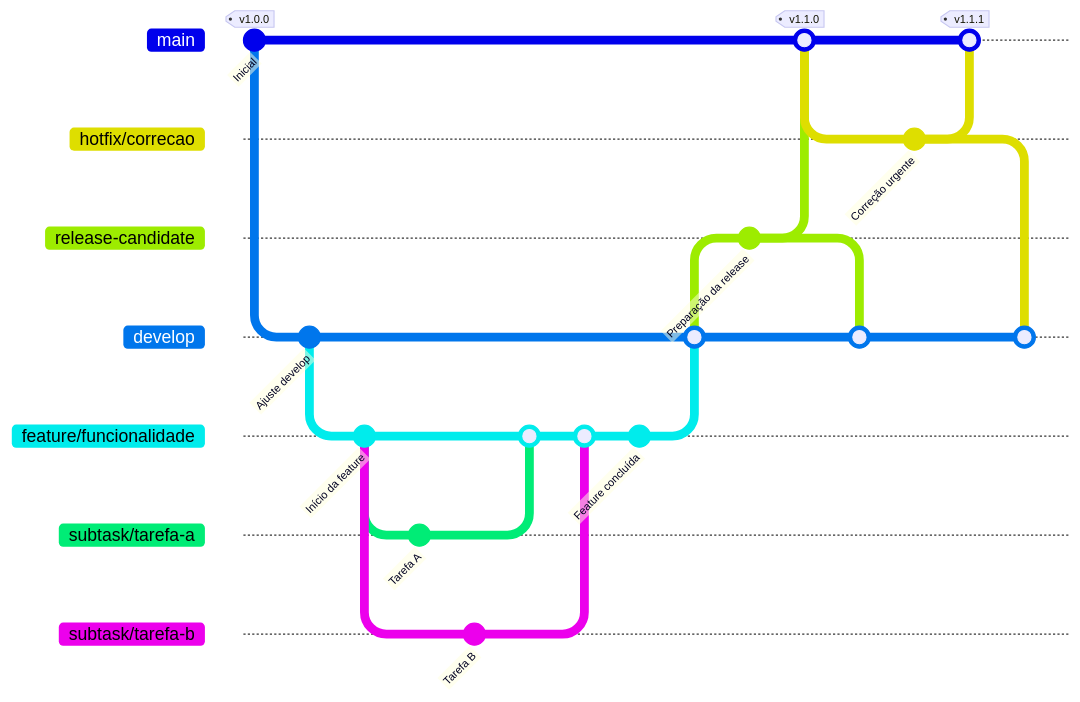
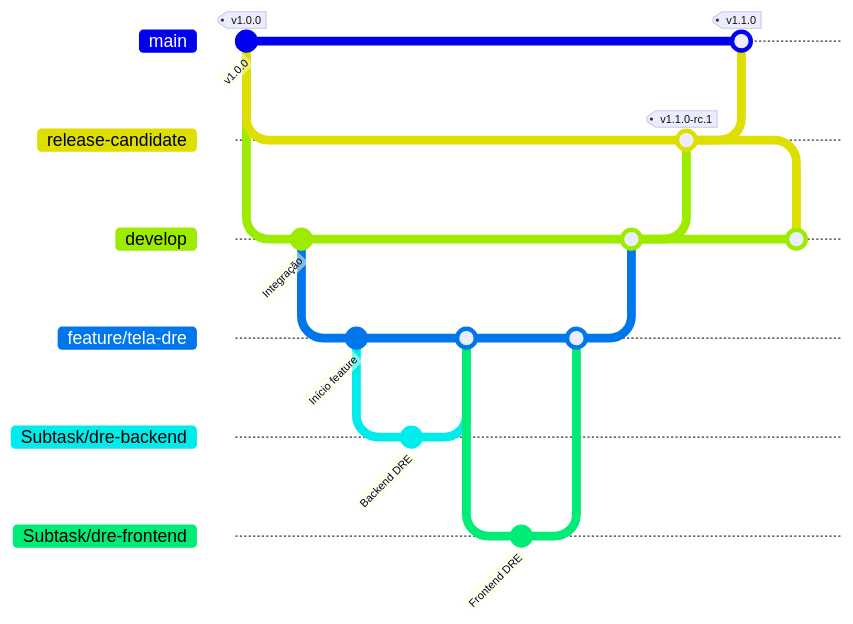
One commit to NES-Contabilidade-Integrada/doc-coins2026.1 changed the diagram in docs/devops/modelo-ramificacao.md. Above: the diagram before and after it, drawn with Mermaid. The commit also changed other lines of this file and 11 other files, not shown here.

````diff
--- a/docs/devops/modelo-ramificacao.md
+++ b/docs/devops/modelo-ramificacao.md
@@ -26,48 +27,38 @@
 ```mermaid
 gitGraph
-    commit id: "Inicial" tag: "v1.0.0"
+    commit id: "v1.0.0" tag: "v1.0.0"
 
-    branch develop order: 3
+    branch release-candidate order: 1
+    branch develop order: 2
     checkout develop
-    commit id: "Ajuste develop"
+    commit id: "Integração"
 
-    branch feature/funcionalidade order: 4
-    checkout feature/funcionalidade
-    commit id: "Início da feature"
+    branch feature/tela-dre order: 3
+    checkout feature/tela-dre
+    commit id: "Início feature"
 
-    branch subtask/tarefa-a order: 5
-    checkout subtask/tarefa-a
-    commit id: "Tarefa A"
+    branch Subtask/dre-backend order: 4
+    checkout Subtask/dre-backend
+    commit id: "Backend DRE"
 
-    checkout feature/funcionalidade
-    branch subtask/tarefa-b order: 6
-    checkout subtask/tarefa-b
-    commit id: "Tarefa B"
+    checkout feature/tela-dre
+    merge Subtask/dre-backend
 
-    checkout feature/funcionalidade
-    merge subtask/tarefa-a
-    merge subtask/tarefa-b
-    commit id: "Feature concluída"
+    branch Subtask/dre-frontend order: 5
+    checkout Subtask/dre-frontend
+    commit id: "Frontend DRE"
+
+    checkout feature/tela-dre
+    merge Subtask/dre-frontend
 
     checkout develop
-    merge feature/funcionalidade
+    merge feature/tela-dre
 
-    branch release-candidate order: 2
     checkout release-candidate
-    commit id: "Preparação da release"
+    merge develop tag: "v1.1.0-rc.1"
 
     checkout main
     merge release-candidate tag: "v1.1.0"
     checkout develop
     merge release-candidate
-
-    checkout main
-    branch hotfix/correcao order: 1
-    checkout hotfix/correcao
-    commit id: "Correção urgente"
-
-    checkout main
-    merge hotfix/correcao tag: "v1.1.1"
-    checkout develop
-    merge hotfix/correcao
 ```
````
